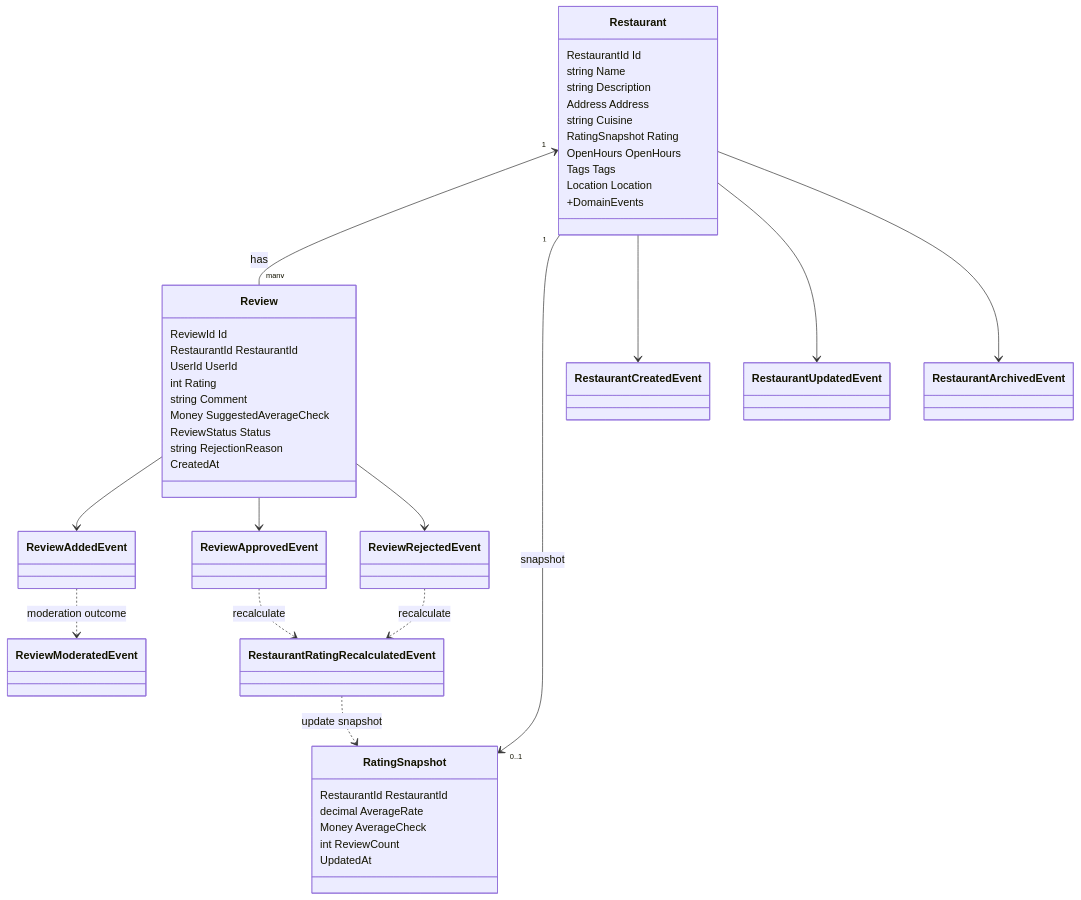
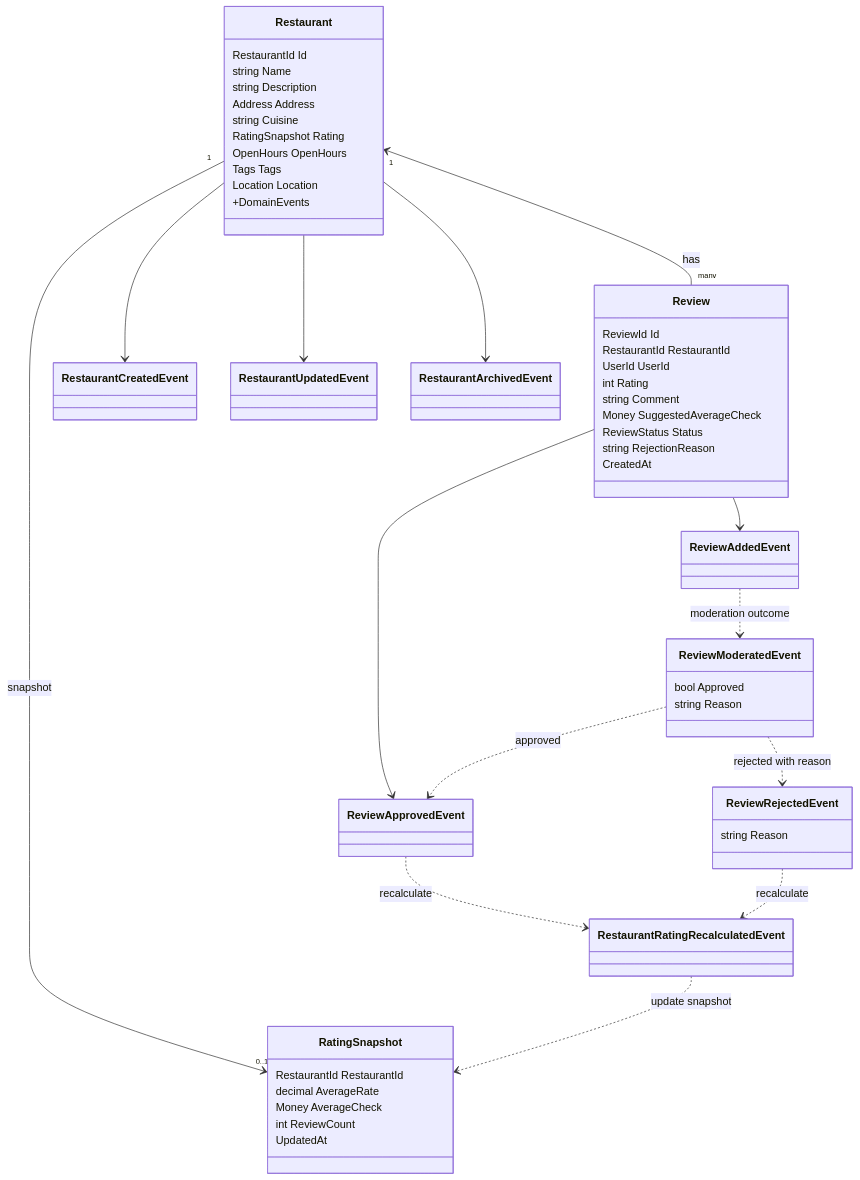
The fourth of 4 diagrams in docs/diagrams.md (bagermoon/otuscode), drawn with Mermaid before and after one commit. The commit also changed other lines of this file and 9 other files, not shown here.

Commit message:
docs(services): update service documentation and diagrams

````diff
--- a/docs/diagrams.md
+++ b/docs/diagrams.md
@@ -171,59 +171,65 @@
 ```mermaid
 classDiagram
     class Restaurant {
         RestaurantId Id
         string Name
         string Description
         Address Address
         string Cuisine
         RatingSnapshot Rating
         OpenHours OpenHours
         Tags Tags
         Location Location
         +DomainEvents
     }
 
     class Review {
         ReviewId Id
         RestaurantId RestaurantId
         UserId UserId
         int Rating
         string Comment
         Money SuggestedAverageCheck
         ReviewStatus Status
         string RejectionReason
         CreatedAt
     }
 
     class RatingSnapshot {
         RestaurantId RestaurantId
         decimal AverageRate
         Money AverageCheck
         int ReviewCount
         UpdatedAt
     }
 
     class RestaurantCreatedEvent
     class RestaurantUpdatedEvent
     class RestaurantArchivedEvent
     class ReviewAddedEvent
     class ReviewApprovedEvent
-    class ReviewRejectedEvent
-    class ReviewModeratedEvent
+    class ReviewRejectedEvent {
+        string Reason
+    }
+    class ReviewModeratedEvent {
+        bool Approved
+        string Reason
+    }
     class RestaurantRatingRecalculatedEvent
 
     Restaurant "1" <-- "many" Review : has
     Restaurant "1" --> "0..1" RatingSnapshot : snapshot
 
     Restaurant --> RestaurantCreatedEvent
     Restaurant --> RestaurantUpdatedEvent
     Restaurant --> RestaurantArchivedEvent
     Review --> ReviewAddedEvent
     Review --> ReviewApprovedEvent
-    Review --> ReviewRejectedEvent
 
     ReviewAddedEvent ..> ReviewModeratedEvent : moderation outcome
+    ReviewModeratedEvent ..> ReviewApprovedEvent : approved
+    ReviewModeratedEvent ..> ReviewRejectedEvent : rejected with reason
     ReviewApprovedEvent ..> RestaurantRatingRecalculatedEvent : recalculate
     ReviewRejectedEvent ..> RestaurantRatingRecalculatedEvent : recalculate
     RestaurantRatingRecalculatedEvent ..> RatingSnapshot : update snapshot
 ```
````
